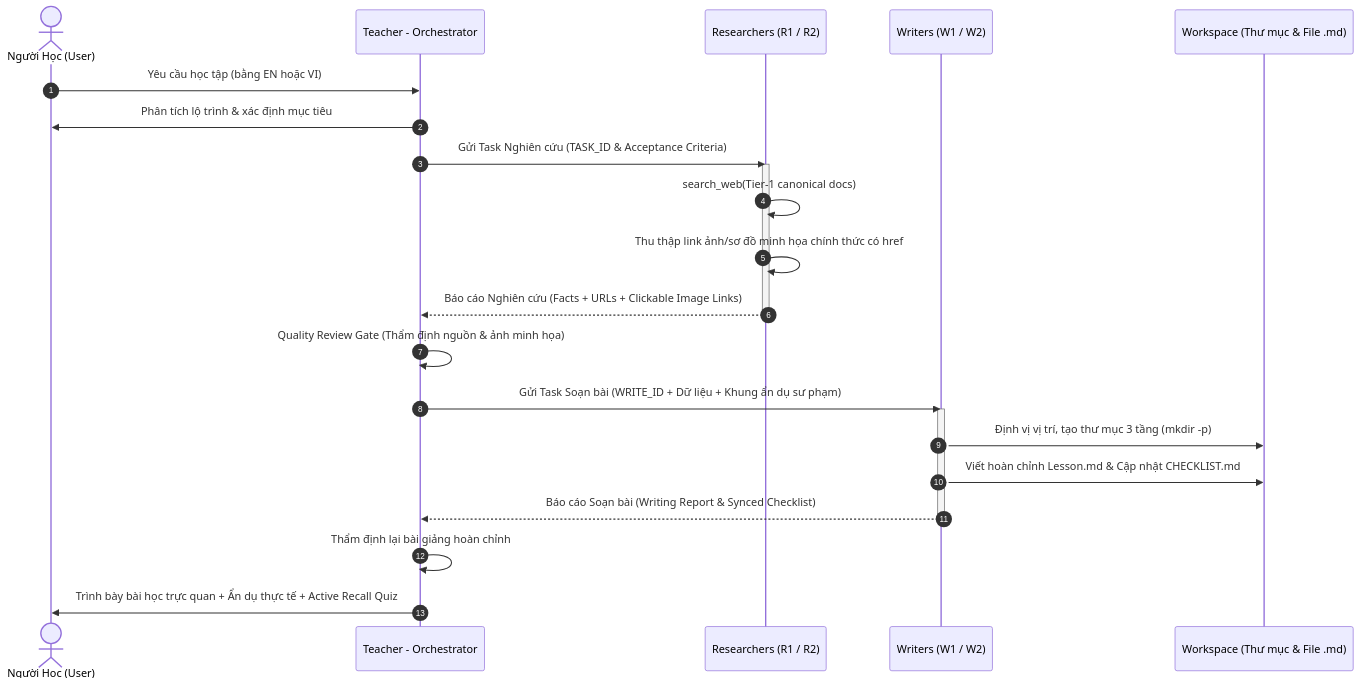
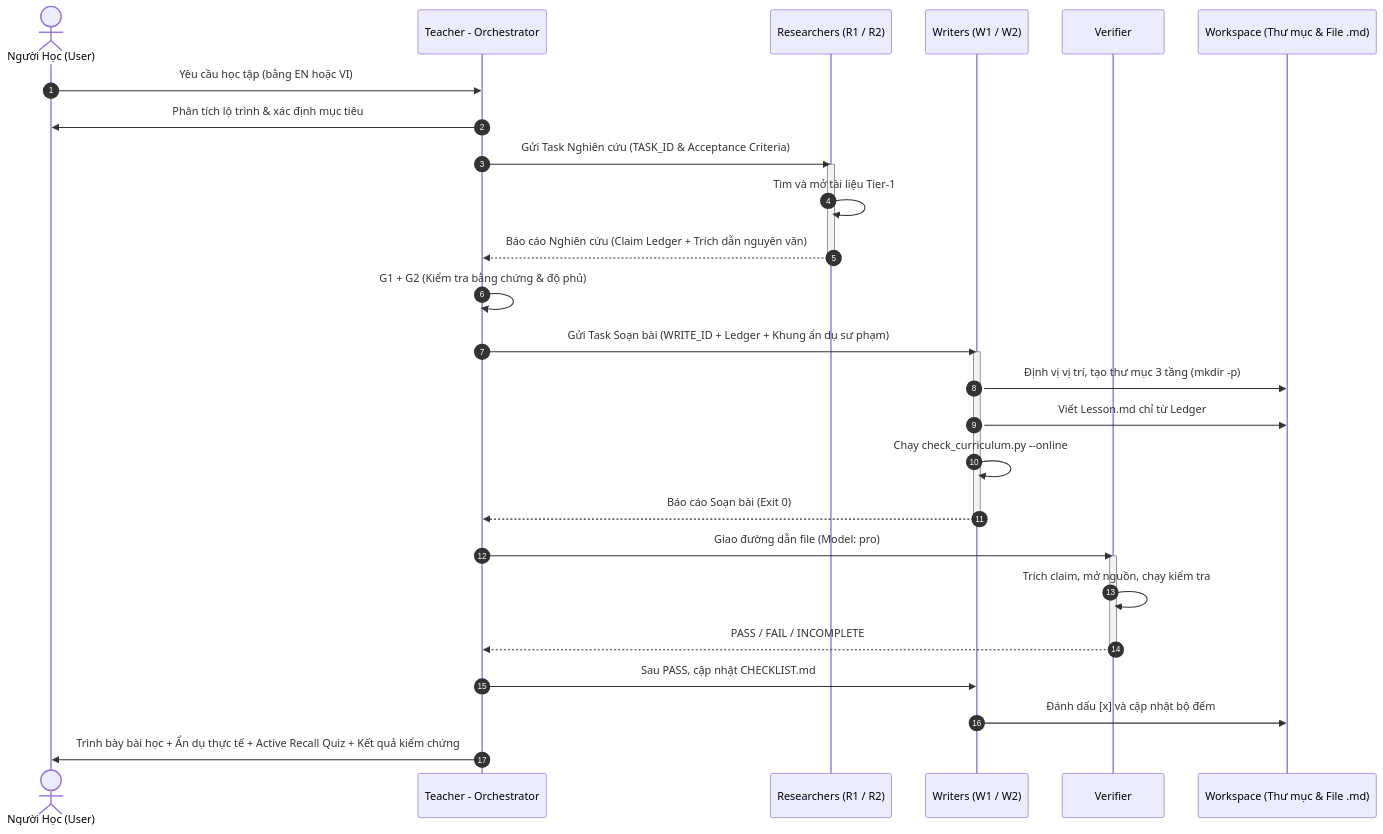
Before and after one commit to HelloMinh2122005/SelfLearn: the diagram in .agents/README.md, drawn with Mermaid. The commit also changed other lines of this file and 46 other files, not shown here.

````diff
--- a/.agents/README.md
+++ b/.agents/README.md
@@ -45,27 +53,34 @@
 ```mermaid
 sequenceDiagram
     autonumber
     actor Learner as Người Học (User)
     participant Teacher as Teacher - Orchestrator
     participant R as Researchers (R1 / R2)
     participant W as Writers (W1 / W2)
+    participant V as Verifier
     participant FS as Workspace (Thư mục & File .md)
 
     Learner->>Teacher: Yêu cầu học tập (bằng EN hoặc VI)
     Teacher->>Learner: Phân tích lộ trình & xác định mục tiêu
     Teacher->>R: Gửi Task Nghiên cứu (TASK_ID & Acceptance Criteria)
     activate R
-    R->>R: search_web(Tier-1 canonical docs)
-    R->>R: Thu thập link ảnh/sơ đồ minh họa chính thức có href
-    R-->>Teacher: Báo cáo Nghiên cứu (Facts + URLs + Clickable Image Links)
+    R->>R: Tìm và mở tài liệu Tier-1
+    R-->>Teacher: Báo cáo Nghiên cứu (Claim Ledger + Trích dẫn nguyên văn)
     deactivate R
-    Teacher->>Teacher: Quality Review Gate (Thẩm định nguồn & ảnh minh họa)
-    Teacher->>W: Gửi Task Soạn bài (WRITE_ID + Dữ liệu + Khung ẩn dụ sư phạm)
+    Teacher->>Teacher: G1 + G2 (Kiểm tra bằng chứng & độ phủ)
+    Teacher->>W: Gửi Task Soạn bài (WRITE_ID + Ledger + Khung ẩn dụ sư phạm)
     activate W
     W->>FS: Định vị vị trí, tạo thư mục 3 tầng (mkdir -p)
-    W->>FS: Viết hoàn chỉnh Lesson.md & Cập nhật CHECKLIST.md
-    W-->>Teacher: Báo cáo Soạn bài (Writing Report & Synced Checklist)
+    W->>FS: Viết Lesson.md chỉ từ Ledger
+    W->>W: Chạy check_curriculum.py --online
+    W-->>Teacher: Báo cáo Soạn bài (Exit 0)
     deactivate W
-    Teacher->>Teacher: Thẩm định lại bài giảng hoàn chỉnh
-    Teacher->>Learner: Trình bày bài học trực quan + Ẩn dụ thực tế + Active Recall Quiz
+    Teacher->>V: Giao đường dẫn file (Model: pro)
+    activate V
+    V->>V: Trích claim, mở nguồn, chạy kiểm tra
+    V-->>Teacher: PASS / FAIL / INCOMPLETE
+    deactivate V
+    Teacher->>W: Sau PASS, cập nhật CHECKLIST.md
+    W->>FS: Đánh dấu [x] và cập nhật bộ đếm
+    Teacher->>Learner: Trình bày bài học + Ẩn dụ thực tế + Active Recall Quiz + Kết quả kiểm chứng
 ```
````
